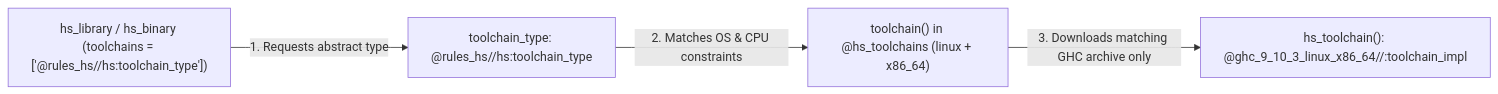
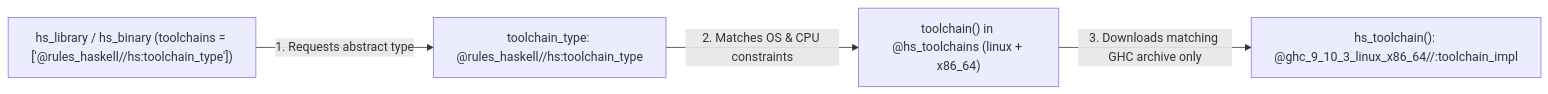
One commit to kaycebasques/hs changed the fourth of 4 diagrams in docs/content/internals/bazel-rules-primer.md. Above: the diagram before and after it, drawn with Mermaid. The commit also changed other lines of this file and 110 other files, not shown here.

Commit message:
refactor: rename project from rules_hs to rules_haskell

````diff
--- a/docs/content/internals/bazel-rules-primer.md
+++ b/docs/content/internals/bazel-rules-primer.md
@@ -435,6 +435,6 @@
 ```mermaid
 flowchart LR
-    RULE["hs_library / hs_binary (toolchains = ['@rules_hs//hs:toolchain_type'])"] -->|"1. Requests abstract type"| TYPE["toolchain_type: @rules_hs//hs:toolchain_type"]
+    RULE["hs_library / hs_binary (toolchains = ['@rules_haskell//hs:toolchain_type'])"] -->|"1. Requests abstract type"| TYPE["toolchain_type: @rules_haskell//hs:toolchain_type"]
     TYPE -->|"2. Matches OS & CPU constraints"| REG["toolchain() in @hs_toolchains (linux + x86_64)"]
     REG -->|"3. Downloads matching GHC archive only"| IMPL["hs_toolchain(): @ghc_9_10_3_linux_x86_64//:toolchain_impl"]
 ```
````
